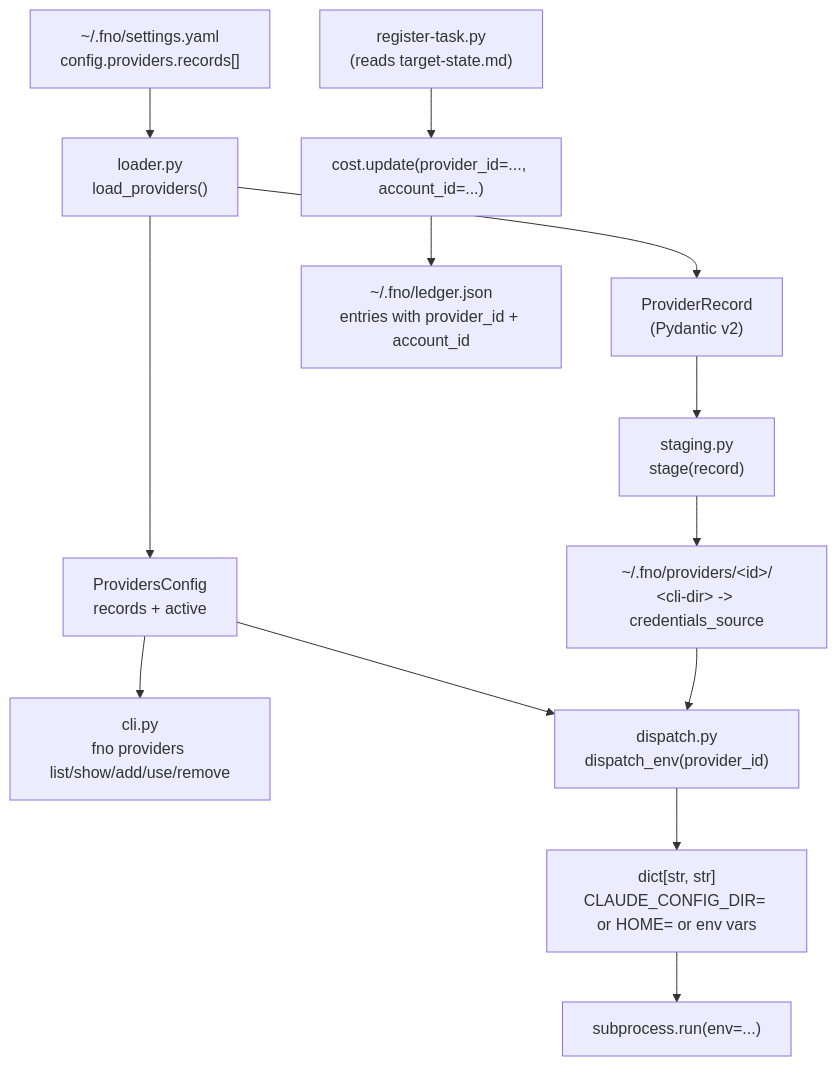
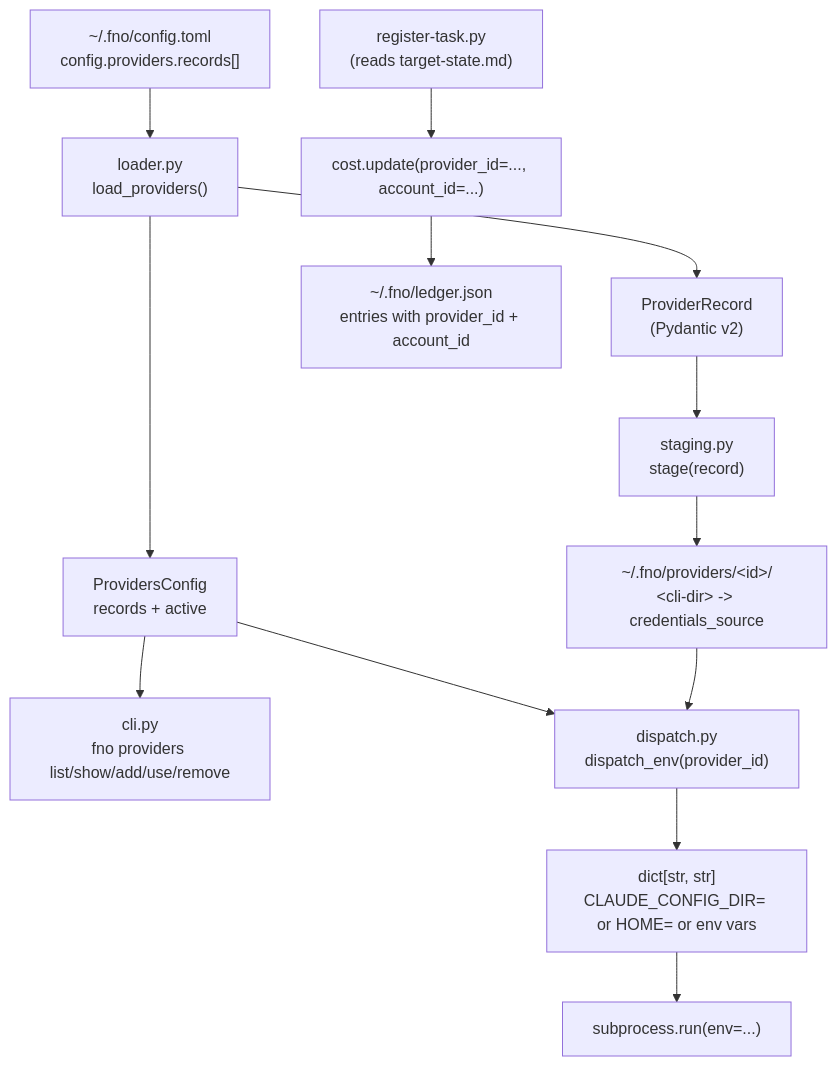
Before and after one commit to bllshttng/footnote: the diagram in docs/architecture/provider-rotation-substrate.md, drawn with Mermaid. The commit also changed other lines of this file and 92 other files, not shown here.

First line of the commit message:
docs+scripts: flip settings.yaml -> config.toml references

````diff
--- a/docs/architecture/provider-rotation-substrate.md
+++ b/docs/architecture/provider-rotation-substrate.md
@@ -16,19 +16,19 @@
 ```mermaid
 graph TD
-    YAML["~/.fno/settings.yaml<br/>config.providers.records[]"] --> LOADER["loader.py<br/>load_providers()"]
+    YAML["~/.fno/config.toml<br/>config.providers.records[]"] --> LOADER["loader.py<br/>load_providers()"]
     LOADER --> PR["ProviderRecord<br/>(Pydantic v2)"]
     LOADER --> PC["ProvidersConfig<br/>records + active"]
 
     PC --> CLI_CMD["cli.py<br/>fno providers list/show/add/use/remove"]
     PR --> STAGE["staging.py<br/>stage(record)"]
     STAGE --> FS["~/.fno/providers/&lt;id&gt;/<br/>&lt;cli-dir&gt; -> credentials_source"]
 
     PC --> DISPATCH["dispatch.py<br/>dispatch_env(provider_id)"]
     FS --> DISPATCH
     DISPATCH --> ENV["dict[str, str]<br/>CLAUDE_CONFIG_DIR= or HOME= or env vars"]
 
     ENV --> SUBPROC["subprocess.run(env=...)"]
 
     LEDGER["cost.update(provider_id=..., account_id=...)"] --> JSON["~/.fno/ledger.json<br/>entries with provider_id + account_id"]
     REGTASK["register-task.py<br/>(reads target-state.md)"] --> LEDGER
 ```
````
